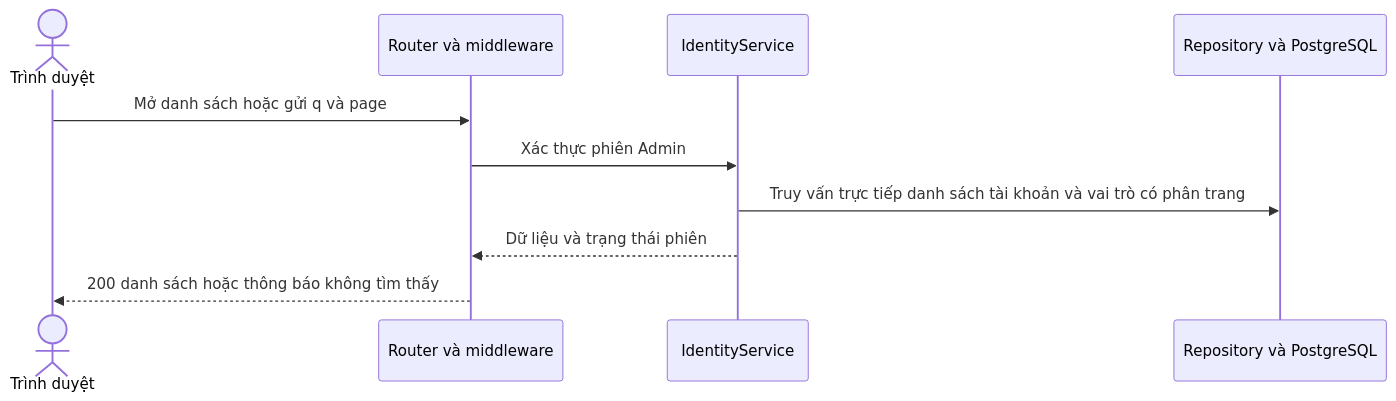
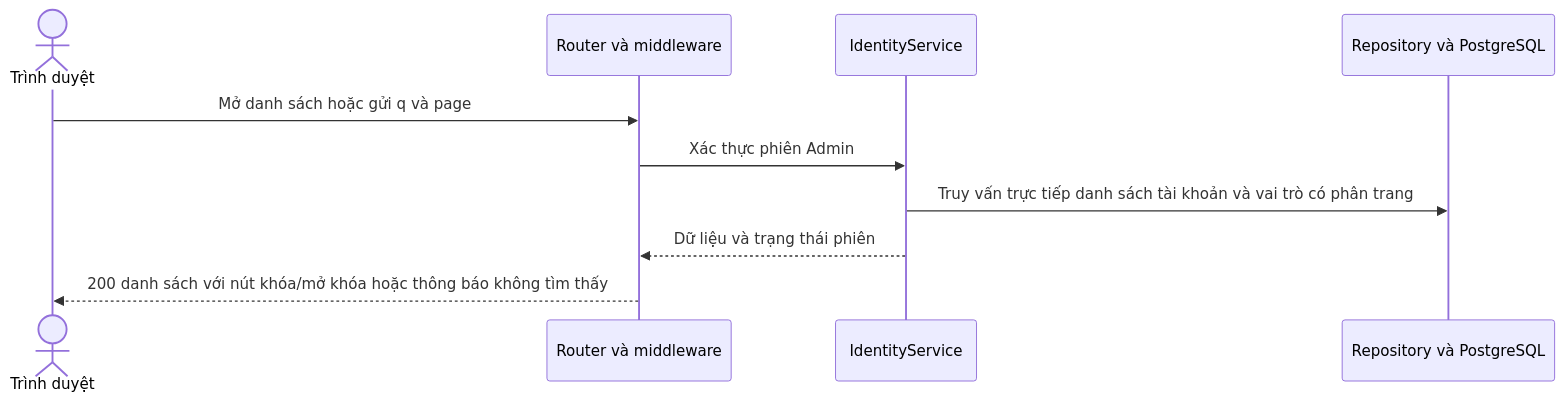
One commit to thanhklt/sobie-swimwear-e-commerce changed the diagram in docs/sequence/identity/get-admin-accounts.md. Above: the diagram before and after it, drawn with Mermaid. The commit also changed other lines of this file and 72 other files, not shown here.

````diff
--- a/docs/sequence/identity/get-admin-accounts.md
+++ b/docs/sequence/identity/get-admin-accounts.md
@@ -5,12 +5,12 @@
 ```mermaid
 sequenceDiagram
     actor Browser as Trình duyệt
     participant Route as Router và middleware
     participant Service as IdentityService
     participant Data as Repository và PostgreSQL
     Browser->>Route: Mở danh sách hoặc gửi q và page
     Route->>Service: Xác thực phiên Admin
     Service->>Data: Truy vấn trực tiếp danh sách tài khoản và vai trò có phân trang
     Service-->>Route: Dữ liệu và trạng thái phiên
-    Route-->>Browser: 200 danh sách hoặc thông báo không tìm thấy
+    Route-->>Browser: 200 danh sách với nút khóa/mở khóa hoặc thông báo không tìm thấy
 ```
````
